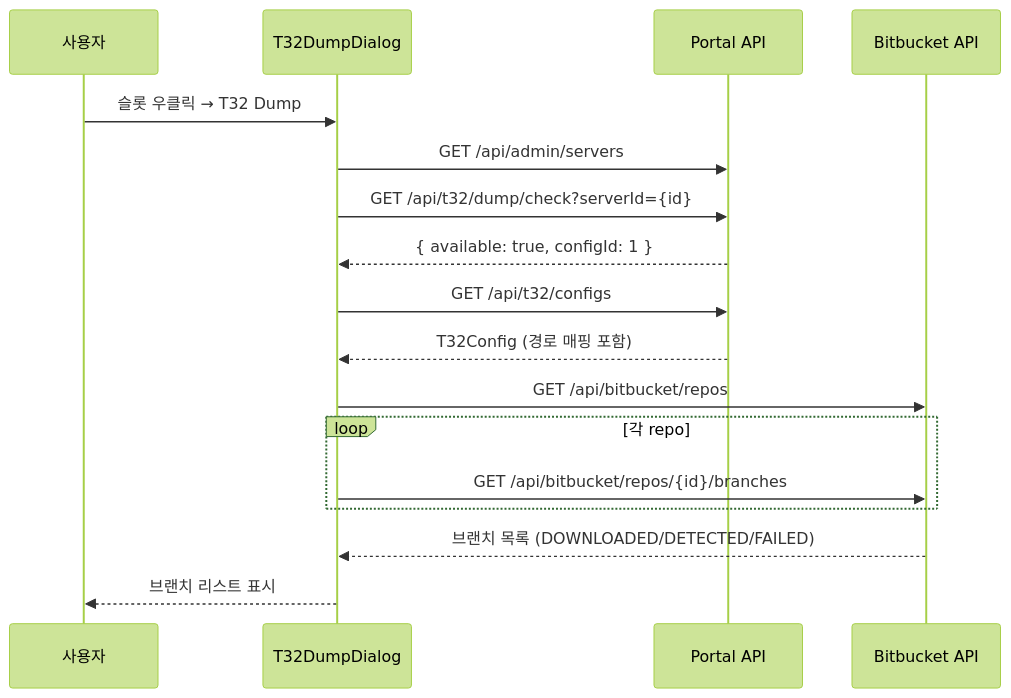
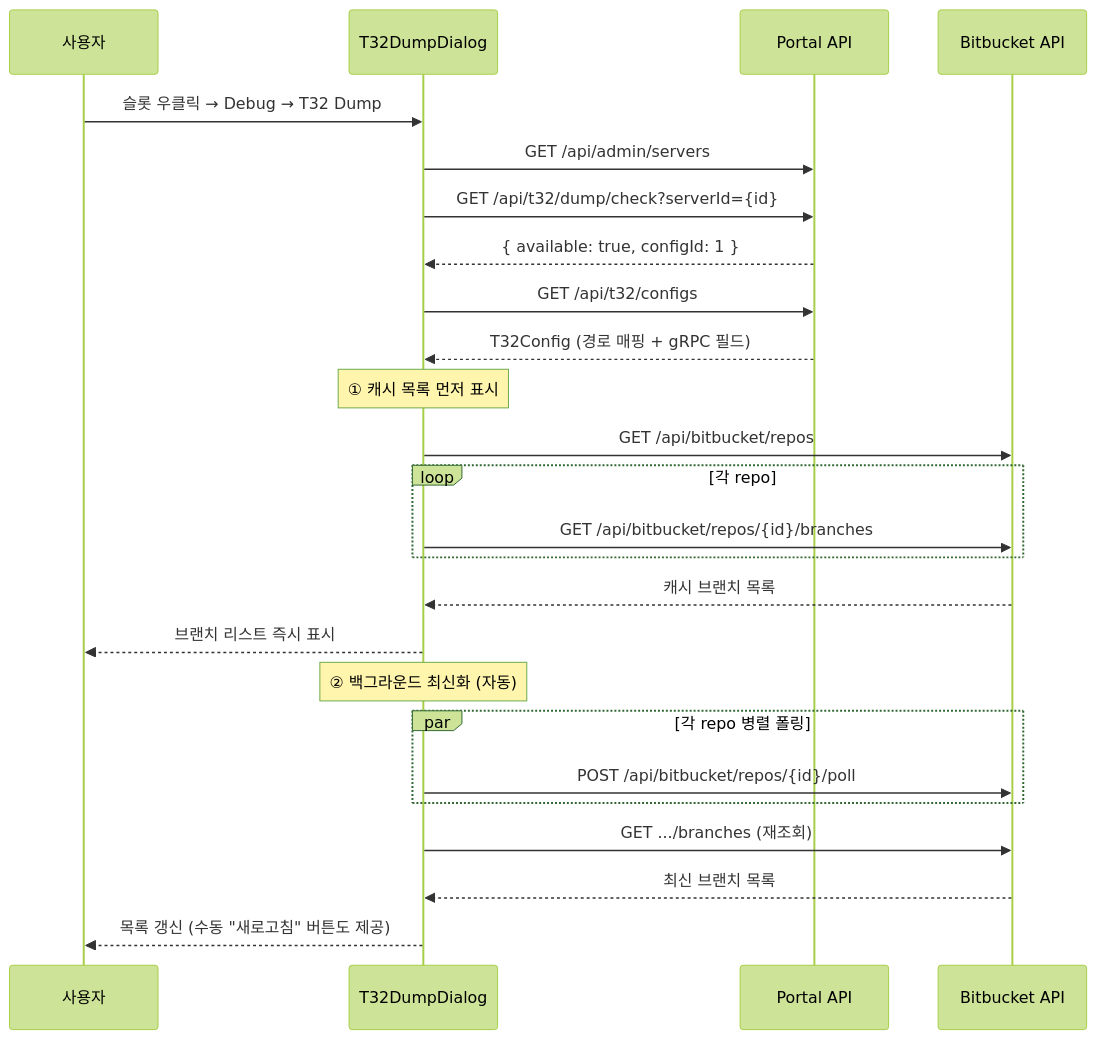
Before and after one commit to kakaromo/kakaromo.github.io: the second of 4 diagrams in src/content/docs/architecture/t32-dump.md, drawn with Mermaid (forest theme). The commit also changed other lines of this file and 2 other files, not shown here.

First line of the commit message:
docs: T32 비-learn 문서 3종 현행화 (gRPC 5-Step + lock + MinIO)

````diff
--- a/src/content/docs/architecture/t32-dump.md
+++ b/src/content/docs/architecture/t32-dump.md
@@ -131,21 +199,30 @@
 ```mermaid
 sequenceDiagram
     participant U as 사용자
     participant D as T32DumpDialog
     participant API as Portal API
     participant BB as Bitbucket API
 
-    U->>D: 슬롯 우클릭 → T32 Dump
+    U->>D: 슬롯 우클릭 → Debug → T32 Dump
     D->>API: GET /api/admin/servers
     D->>API: GET /api/t32/dump/check?serverId={id}
     API-->>D: { available: true, configId: 1 }
     D->>API: GET /api/t32/configs
-    API-->>D: T32Config (경로 매핑 포함)
+    API-->>D: T32Config (경로 매핑 + gRPC 필드)
 
+    Note over D: ① 캐시 목록 먼저 표시
     D->>BB: GET /api/bitbucket/repos
     loop 각 repo
         D->>BB: GET /api/bitbucket/repos/{id}/branches
     end
-    BB-->>D: 브랜치 목록 (DOWNLOADED/DETECTED/FAILED)
-    D-->>U: 브랜치 리스트 표시
+    BB-->>D: 캐시 브랜치 목록
+    D-->>U: 브랜치 리스트 즉시 표시
+
+    Note over D: ② 백그라운드 최신화 (자동)
+    par 각 repo 병렬 폴링
+        D->>BB: POST /api/bitbucket/repos/{id}/poll
+    end
+    D->>BB: GET .../branches (재조회)
+    BB-->>D: 최신 브랜치 목록
+    D-->>U: 목록 갱신 (수동 "새로고침" 버튼도 제공)
 ```
````
